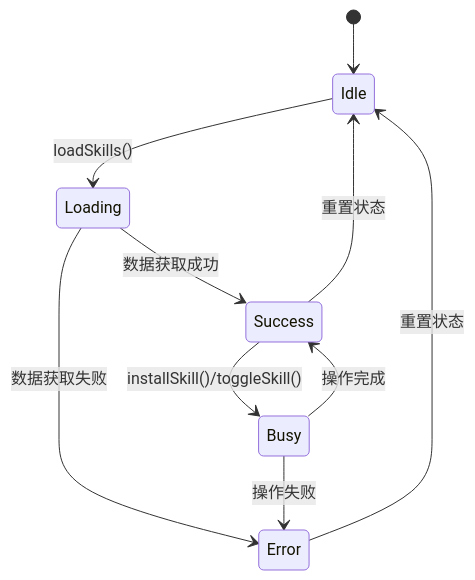
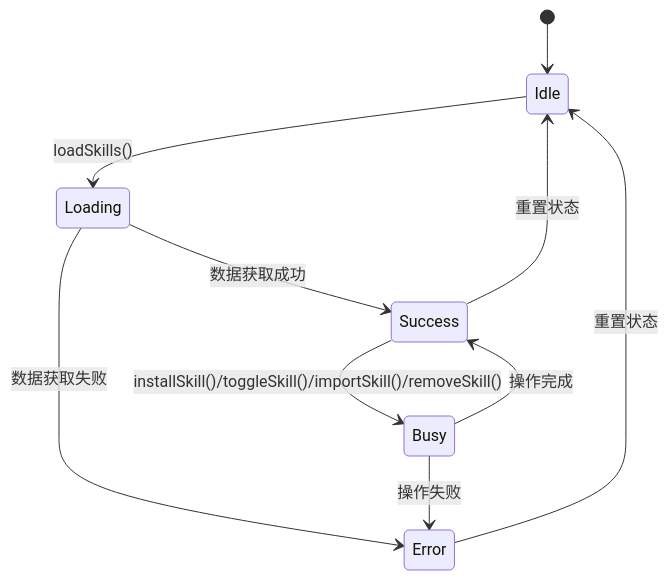
The tenth of 12 diagrams in .qoder/repowiki/zh/content/Web界面/UI组件系统/技能状态管理.md (verse-ai-org/openclaw), drawn with Mermaid before and after one commit. The commit also changed other lines of this file and 33 other files, not shown here.

````diff
--- a/.qoder/repowiki/zh/content/Web界面/UI组件系统/技能状态管理.md
+++ b/.qoder/repowiki/zh/content/Web界面/UI组件系统/技能状态管理.md
@@ -338,12 +486,12 @@
 ```mermaid
 stateDiagram-v2
 [*] --> Idle
 Idle --> Loading : loadSkills()
 Loading --> Success : 数据获取成功
 Loading --> Error : 数据获取失败
 Success --> Idle : 重置状态
 Error --> Idle : 重置状态
-Success --> Busy : installSkill()/toggleSkill()
+Success --> Busy : installSkill()/toggleSkill()/importSkill()/removeSkill()
 Busy --> Success : 操作完成
 Busy --> Error : 操作失败
 ```
````
